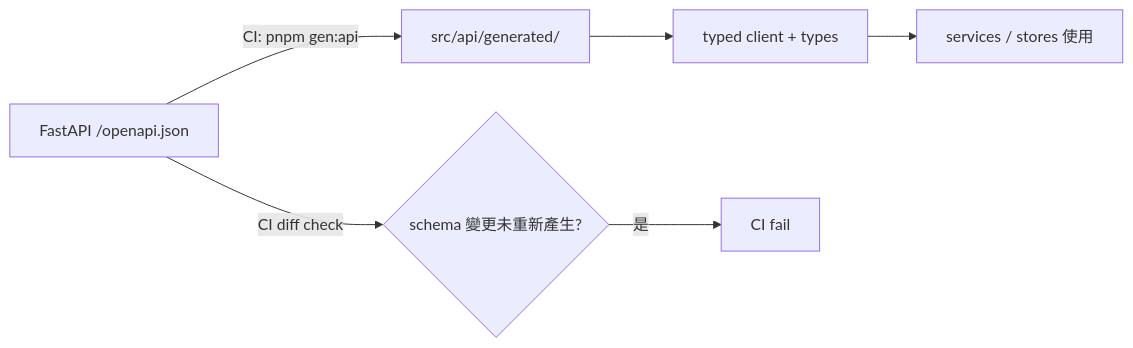
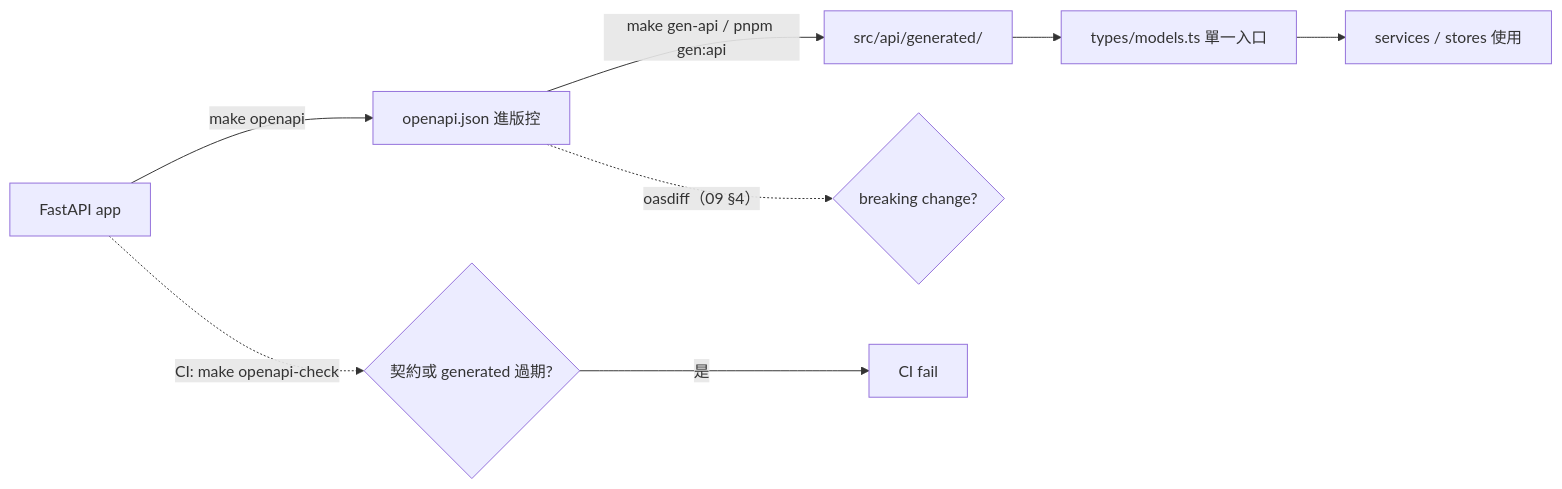
One commit to lucifer3049/lumina_ai changed the diagram in docs/plan/03_前端專案結構.md. Above: the diagram before and after it, drawn with Mermaid. The commit also changed other lines of this file and 32 other files, not shown here.

````diff
--- a/docs/plan/03_前端專案結構.md
+++ b/docs/plan/03_前端專案結構.md
@@ -101,8 +101,10 @@
 ```mermaid
 flowchart LR
-    A[FastAPI /openapi.json] -->|CI: pnpm gen:api| B[src/api/generated/]
-    B --> C[typed client + types]
-    C --> D[services / stores 使用]
-    A -->|CI diff check| E{schema 變更未重新產生?}
-    E -->|是| F[CI fail]
+    A[FastAPI app] -->|make openapi| B[openapi.json 進版控]
+    B -->|make gen-api / pnpm gen:api| C[src/api/generated/]
+    C --> D[types/models.ts 單一入口]
+    D --> E[services / stores 使用]
+    B -.->|oasdiff（09 §4）| F{breaking change?}
+    A -.->|CI: make openapi-check| G{契約或 generated 過期?}
+    G -->|是| H[CI fail]
 ```
````
